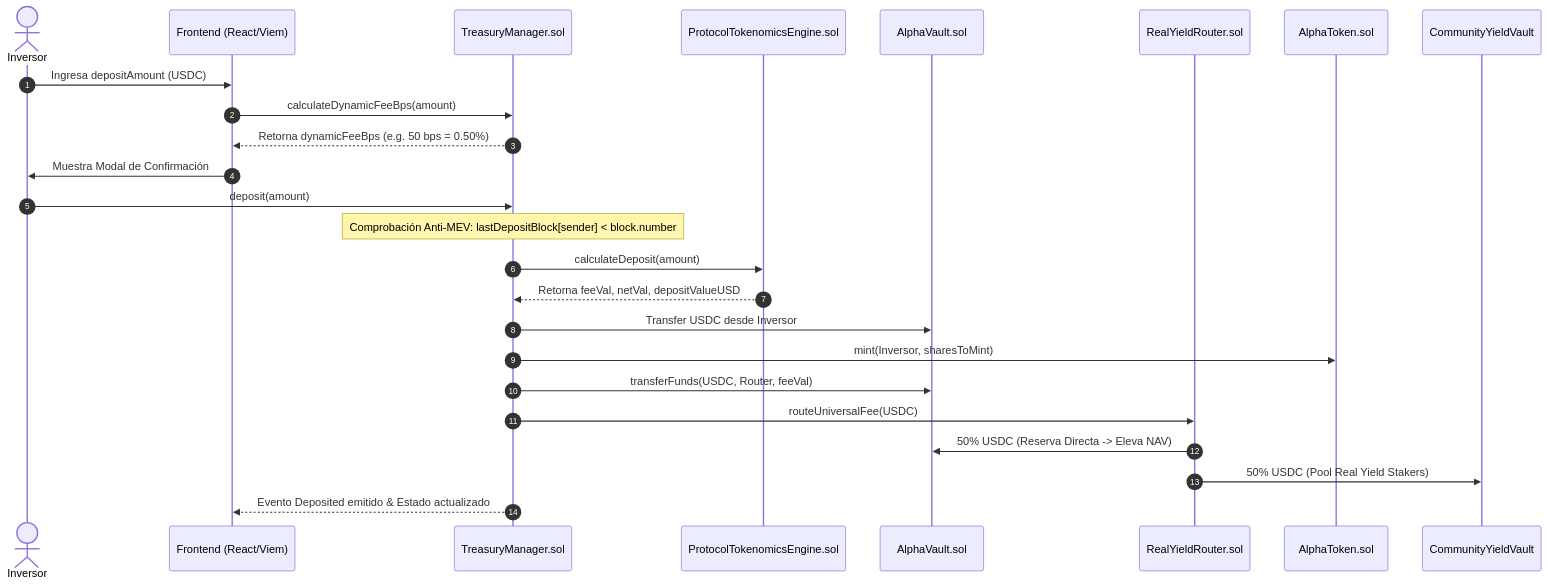
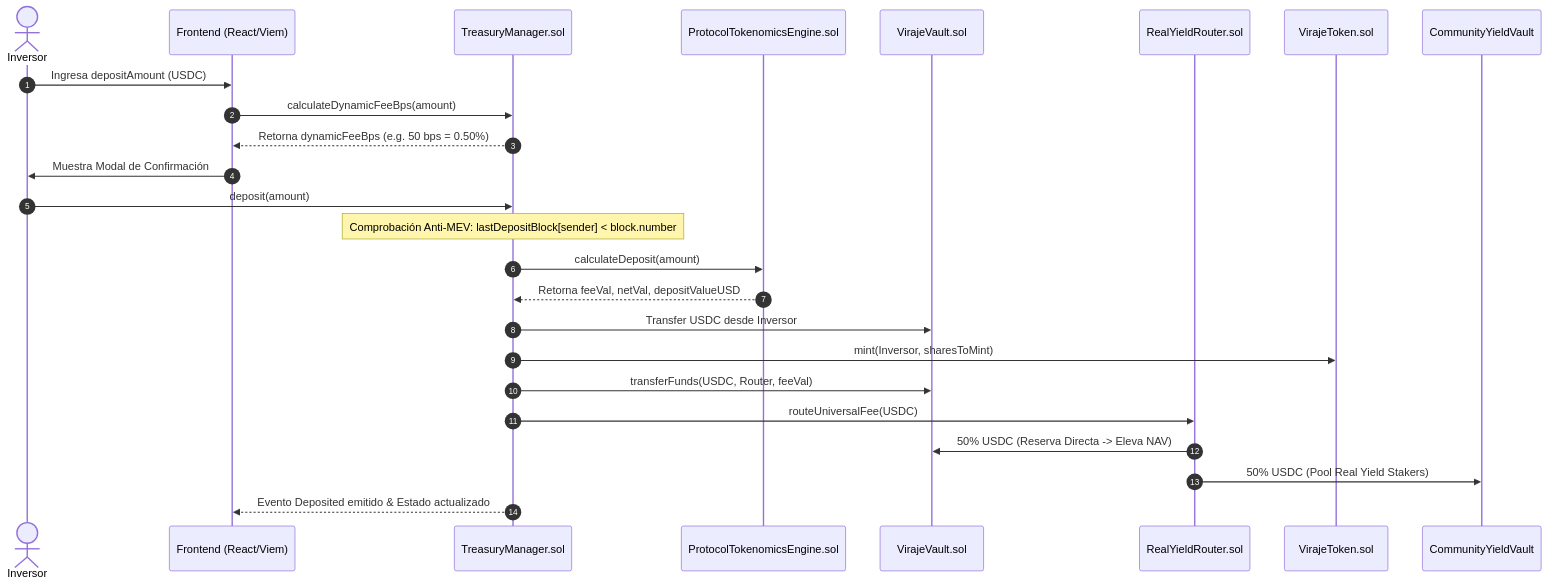
One commit to JaviMartin92/token changed the second of 3 diagrams in docs/FULL_ARCHITECTURE_SPECIFICATION.md. Above: the diagram before and after it, drawn with Mermaid. The commit also changed other lines of this file and 129 other files, not shown here.

````diff
--- a/docs/FULL_ARCHITECTURE_SPECIFICATION.md
+++ b/docs/FULL_ARCHITECTURE_SPECIFICATION.md
@@ -124,27 +124,27 @@
 ```mermaid
 sequenceDiagram
     autonumber
     actor Investor as Inversor
     participant App as Frontend (React/Viem)
     participant Treasury as TreasuryManager.sol
     participant Engine as ProtocolTokenomicsEngine.sol
-    participant Vault as AlphaVault.sol
+    participant Vault as VirajeVault.sol
     participant Router as RealYieldRouter.sol
-    participant Token as AlphaToken.sol
+    participant Token as VirajeToken.sol
 
     Investor->>App: Ingresa depositAmount (USDC)
     App->>Treasury: calculateDynamicFeeBps(amount)
     Treasury-->>App: Retorna dynamicFeeBps (e.g. 50 bps = 0.50%)
     App->>Investor: Muestra Modal de Confirmación
     Investor->>Treasury: deposit(amount)
     Note over Treasury: Comprobación Anti-MEV: lastDepositBlock[sender] < block.number
     Treasury->>Engine: calculateDeposit(amount)
     Engine-->>Treasury: Retorna feeVal, netVal, depositValueUSD
     Treasury->>Vault: Transfer USDC desde Inversor
     Treasury->>Token: mint(Inversor, sharesToMint)
     Treasury->>Vault: transferFunds(USDC, Router, feeVal)
     Treasury->>Router: routeUniversalFee(USDC)
     Router->>Vault: 50% USDC (Reserva Directa -> Eleva NAV)
     Router->>CommunityYieldVault: 50% USDC (Pool Real Yield Stakers)
     Treasury-->>App: Evento Deposited emitido & Estado actualizado
 ```
````
